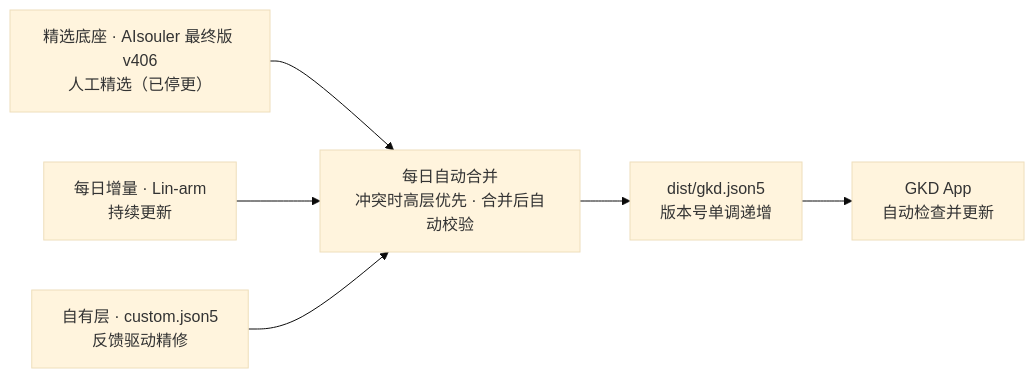
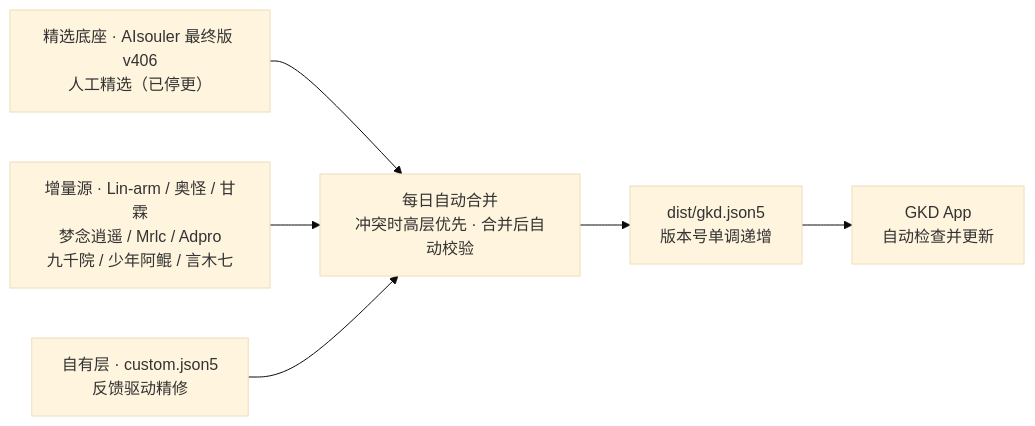
One commit to Dear-Ded/gkd-subscription changed the diagram in README.md. Above: the diagram before and after it, drawn with Mermaid (base theme). The commit also changed other lines of this file and 4 other files, not shown here.

````diff
--- a/README.md
+++ b/README.md
@@ -64,8 +64,8 @@
 ```mermaid
 flowchart LR
     A["精选底座 · AIsouler 最终版 v406<br/>人工精选（已停更）"] --> M["每日自动合并<br/>冲突时高层优先 · 合并后自动校验"]
-    B["每日增量 · Lin-arm<br/>持续更新"] --> M
+    B["增量源 · Lin-arm / 奥怪 / 甘霖<br/>梦念逍遥 / Mrlc / Adpro<br/>九千院 / 少年阿鲲 / 言木七"] --> M
     C["自有层 · custom.json5<br/>反馈驱动精修"] --> M
     M --> D["dist/gkd.json5<br/>版本号单调递增"]
     D --> E["GKD App<br/>自动检查并更新"]
 ```
````
